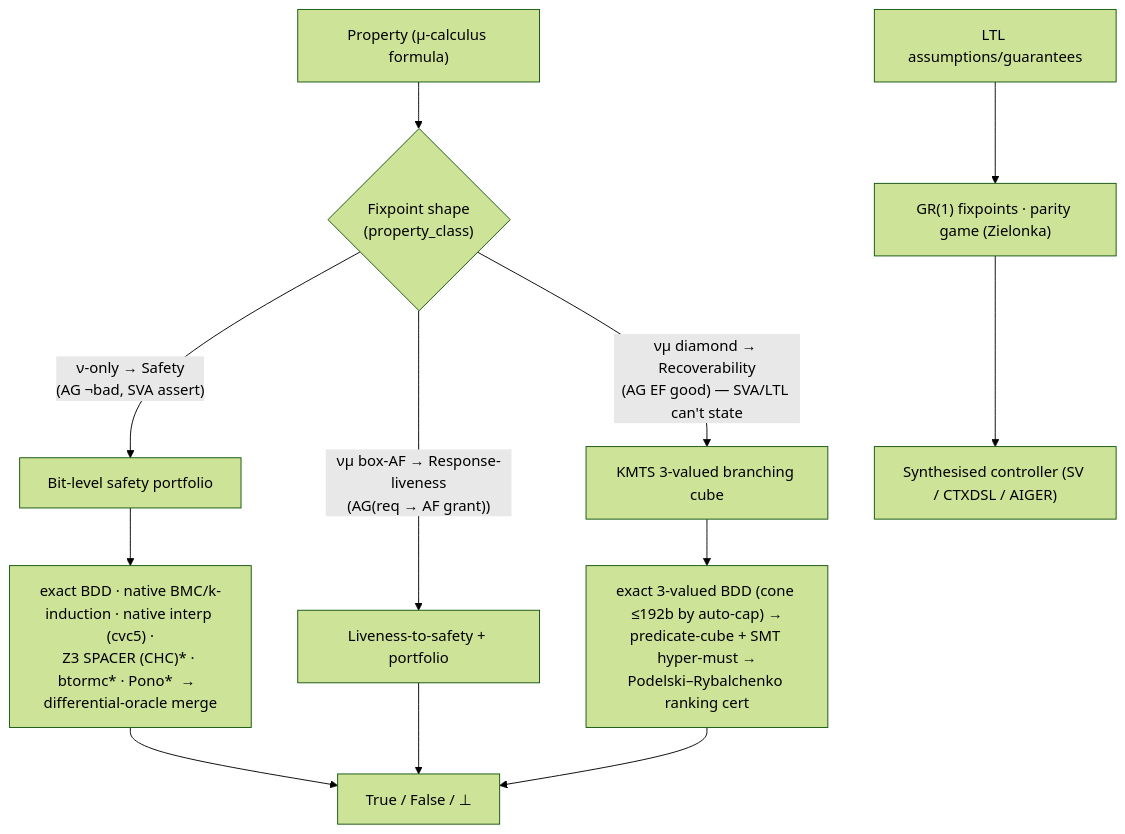
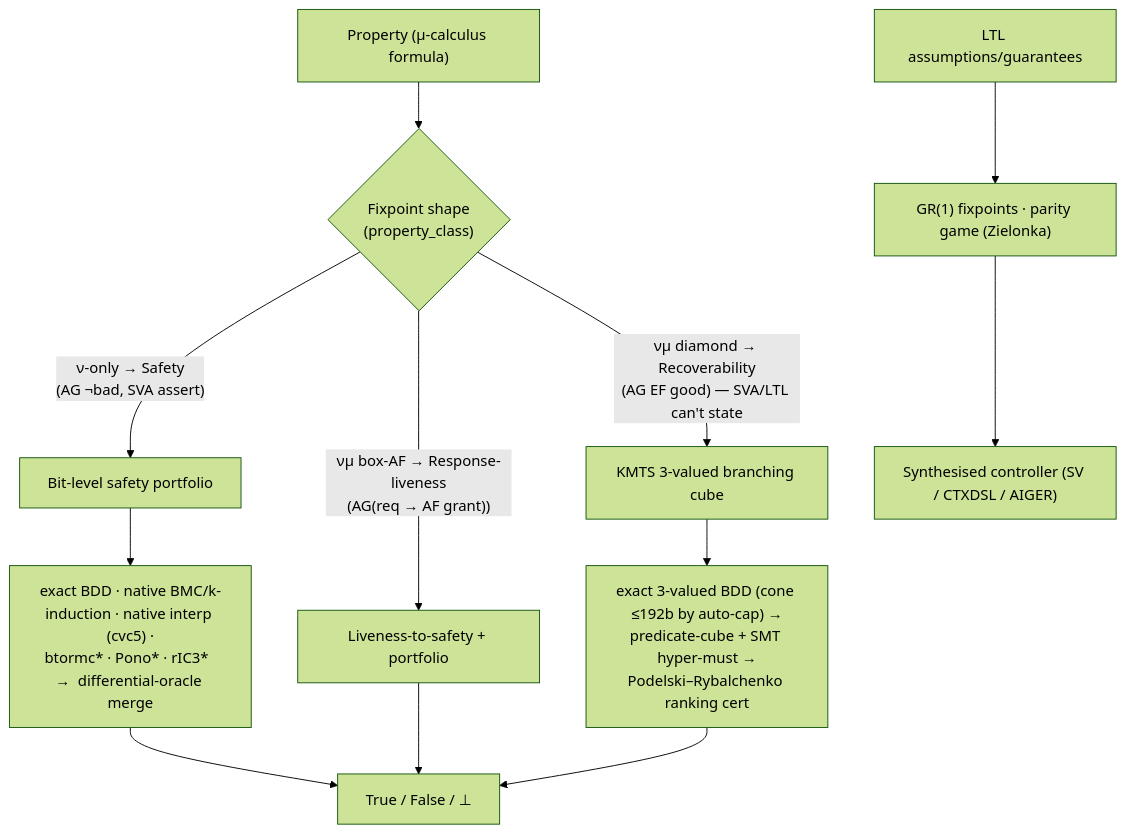
Before and after one commit to Mumunu-team/mununu: the second of 2 diagrams in README.md, drawn with Mermaid (forest theme). The commit also changed other lines of this file and 21 other files, not shown here.

````diff
--- a/README.md
+++ b/README.md
@@ -192,16 +192,16 @@
 ```mermaid
 flowchart TD
   P["Property (μ-calculus formula)"] --> C{"Fixpoint shape<br/>(property_class)"}
   C -->|"ν-only → Safety<br/>(AG ¬bad, SVA assert)"| SAFE["Bit-level safety portfolio"]
   C -->|"νμ box-AF → Response-liveness<br/>(AG(req → AF grant))"| L2S["Liveness-to-safety + portfolio"]
   C -->|"νμ diamond → Recoverability<br/>(AG EF good) — SVA/LTL can't state"| CUBE["KMTS 3-valued branching cube"]
 
-  SAFE --> PORT["exact BDD · native BMC/k-induction · native interp (cvc5) ·<br/>Z3 SPACER (CHC)* · btormc* · Pono*  →  differential-oracle merge"]
+  SAFE --> PORT["exact BDD · native BMC/k-induction · native interp (cvc5) ·<br/>btormc* · Pono* · rIC3*  →  differential-oracle merge"]
   CUBE --> BR["exact 3-valued BDD (cone ≤192b by auto-cap) →<br/>predicate-cube + SMT hyper-must →<br/>Podelski–Rybalchenko ranking cert"]
 
   PORT --> V["True / False / ⊥"]
   L2S --> V
   BR --> V
 
   LTL["LTL assumptions/guarantees"] --> SYN["GR(1) fixpoints · parity game (Zielonka)"] --> CTRL["Synthesised controller (SV / CTXDSL / AIGER)"]
 ```
````
